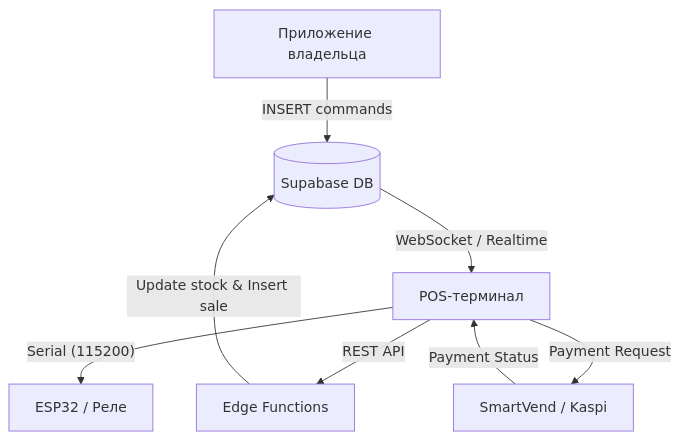
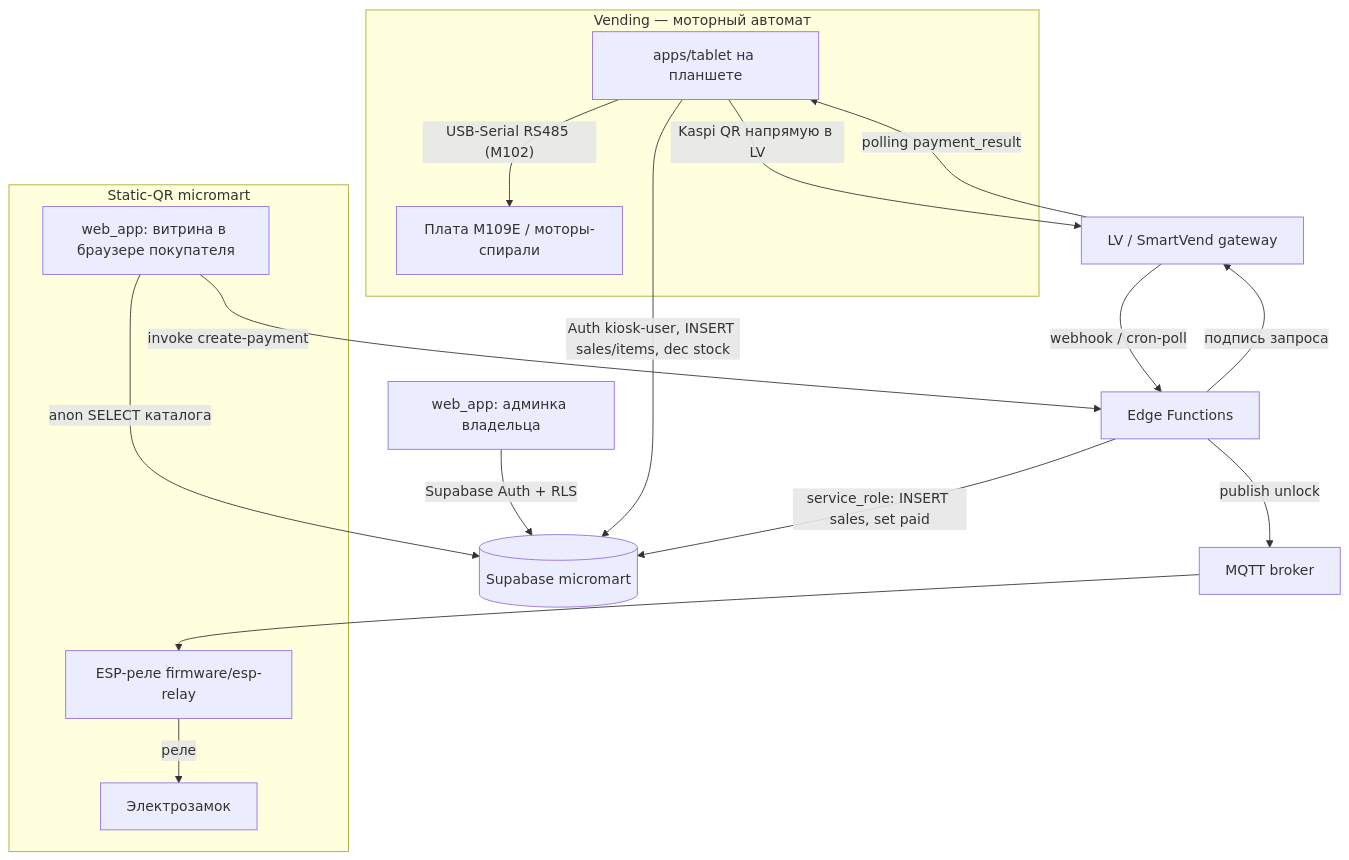
The diagram in docs/system_architecture.md (Samat1989/smartvend-tablet), drawn with Mermaid before and after one commit. The commit also changed other lines of this file and 2 other files, not shown here.

First line of the commit message:
@ docs: rewrite architecture for current monorepo structure

````diff
--- a/docs/system_architecture.md
+++ b/docs/system_architecture.md
@@ -14,12 +68,27 @@
 ```mermaid
 graph TD
-    Owner[Приложение владельца] -- "INSERT commands" --> DB[(Supabase DB)]
-    DB -- "WebSocket / Realtime" --> Kiosk[POS-терминал]
-    Kiosk -- "Serial (115200)" --> ESP32[ESP32 / Реле]
-    
-    Kiosk -- "REST API" --> Edge[Edge Functions]
-    Edge -- "Update stock & Insert sale" --> DB
-    
-    Kiosk -- "Payment Request" --> SmartVend[SmartVend / Kaspi]
-    SmartVend -- "Payment Status" --> Kiosk
+    Owner[web_app: админка владельца] -- "Supabase Auth + RLS" --> DB[(Supabase micromart)]
+
+    subgraph Vending[Vending — моторный автомат]
+        Tablet[apps/tablet на планшете]
+        M109E[Плата M109E / моторы-спирали]
+        Tablet -- "USB-Serial RS485 (M102)" --> M109E
+    end
+    Tablet -- "Kaspi QR напрямую в LV" --> LV[LV / SmartVend gateway]
+    LV -- "polling payment_result" --> Tablet
+    Tablet -- "Auth kiosk-user, INSERT sales/items, dec stock" --> DB
+
+    subgraph StaticQR[Static-QR micromart]
+        Phone[web_app: витрина в браузере покупателя]
+        ESP[ESP-реле firmware/esp-relay]
+        Lock[Электрозамок]
+        ESP -- "реле" --> Lock
+    end
+    Phone -- "anon SELECT каталога" --> DB
+    Phone -- "invoke create-payment" --> Edge[Edge Functions]
+    Edge -- "подпись запроса" --> LV
+    LV -- "webhook / cron-poll" --> Edge
+    Edge -- "service_role: INSERT sales, set paid" --> DB
+    Edge -- "publish unlock" --> MQTT[MQTT broker]
+    MQTT --> ESP
 ```
````
